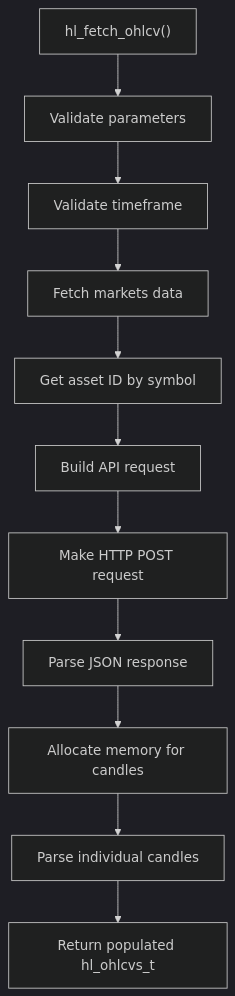
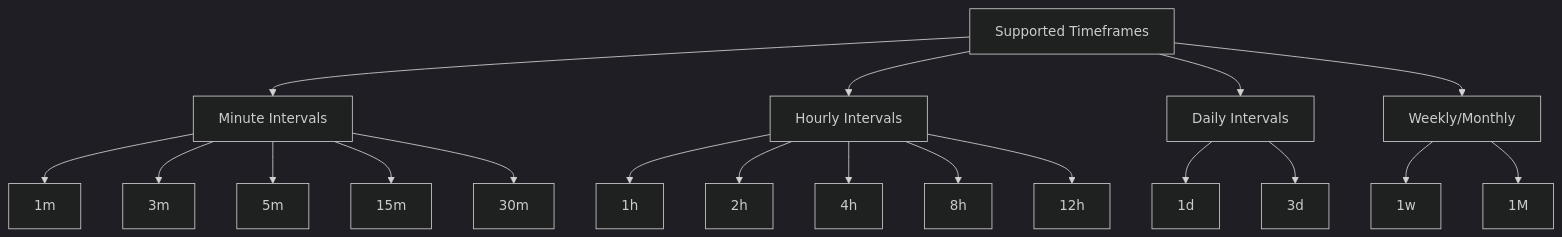
Before and after one commit to suenot/hyperliquid-c: the first of 2 diagrams in .qoder/repowiki/en/content/Market Data/OHLCV Candles.md, drawn with Mermaid (dark theme). The commit also changed other lines of this file and 112 other files, not shown here.

````diff
--- a/.qoder/repowiki/en/content/Market Data/OHLCV Candles.md
+++ b/.qoder/repowiki/en/content/Market Data/OHLCV Candles.md
@@ -78,13 +74,21 @@
 ```mermaid
 flowchart TD
-A["hl_fetch_ohlcv()"] --> B["Validate parameters"]
-B --> C["Validate timeframe"]
-C --> D["Fetch markets data"]
-D --> E["Get asset ID by symbol"]
-E --> F["Build API request"]
-F --> G["Make HTTP POST request"]
-G --> H["Parse JSON response"]
-H --> I["Allocate memory for candles"]
-I --> J["Parse individual candles"]
-J --> K["Return populated hl_ohlcvs_t"]
+A["Supported Timeframes"] --> B["Minute Intervals"]
+A --> C["Hourly Intervals"]
+A --> D["Daily Intervals"]
+A --> E["Weekly/Monthly"]
+B --> B1["1m"]
+B --> B2["3m"]
+B --> B3["5m"]
+B --> B4["15m"]
+B --> B5["30m"]
+C --> C1["1h"]
+C --> C2["2h"]
+C --> C3["4h"]
+C --> C4["8h"]
+C --> C5["12h"]
+D --> D1["1d"]
+D --> D2["3d"]
+E --> E1["1w"]
+E --> E2["1M"]
 ```
````
